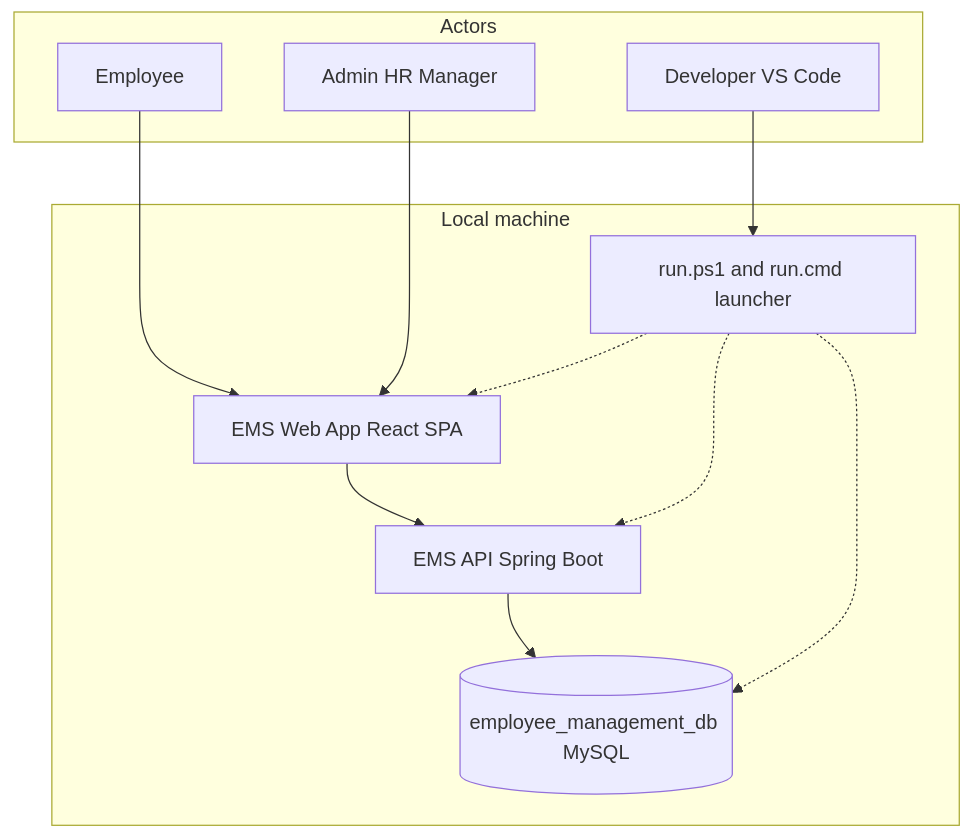
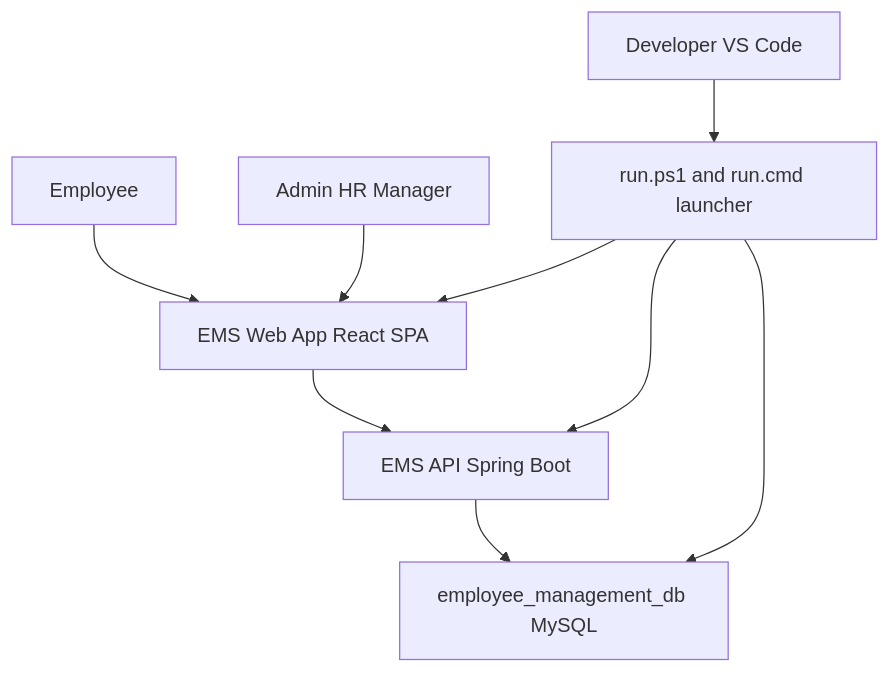
The first of 10 diagrams in docs/ARCHITECTURE.md (Lalmohan04/employee-management-system), drawn with Mermaid before and after one commit. The commit also changed other lines of this file, not shown here.

First line of the commit message:
docs: simplify remaining Mermaid flow diagrams

````diff
--- a/docs/ARCHITECTURE.md
+++ b/docs/ARCHITECTURE.md
@@ -38,24 +38,19 @@
 ```mermaid
 graph TB
-    subgraph Actors
-        EMP[Employee]
-        ADM[Admin HR Manager]
-        DEV[Developer VS Code]
-    end
-
-    subgraph LocalMachine[Local machine]
-        SPA[EMS Web App React SPA]
-        API[EMS API Spring Boot]
-        DB[(employee_management_db MySQL)]
-        RUN[run.ps1 and run.cmd launcher]
-    end
+    EMP[Employee]
+    ADM[Admin HR Manager]
+    DEV[Developer VS Code]
+    SPA[EMS Web App React SPA]
+    API[EMS API Spring Boot]
+    DB[employee_management_db MySQL]
+    RUN[run.ps1 and run.cmd launcher]
 
     EMP --> SPA
     ADM --> SPA
     DEV --> RUN
     SPA --> API
     API --> DB
-    RUN -.-> SPA
-    RUN -.-> API
-    RUN -.-> DB
+    RUN --> SPA
+    RUN --> API
+    RUN --> DB
 ```
````
